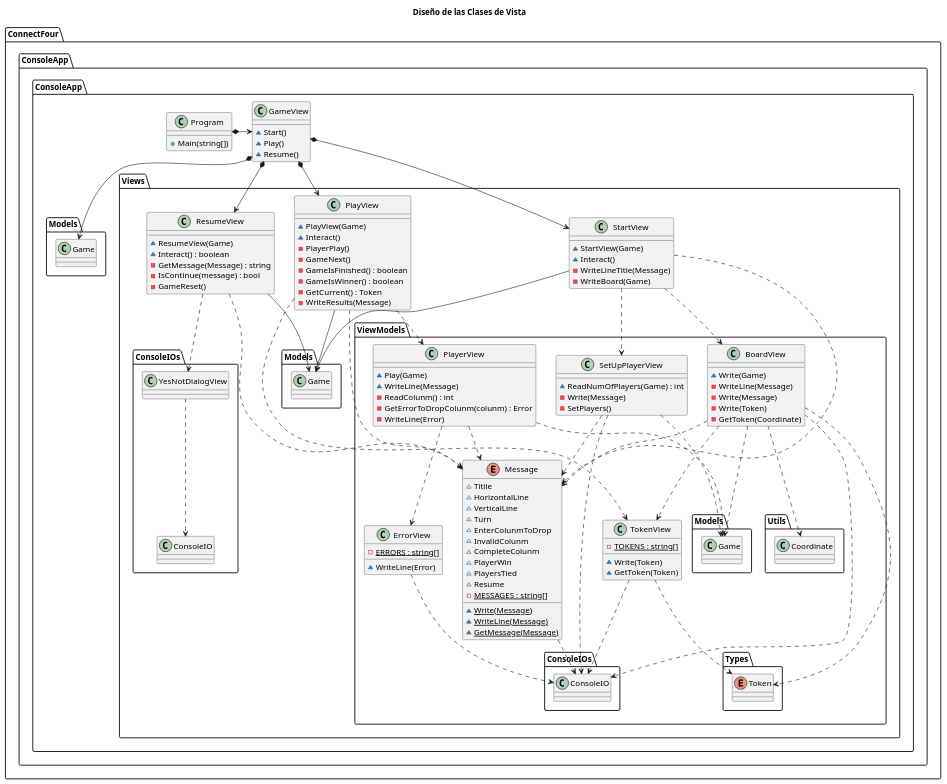
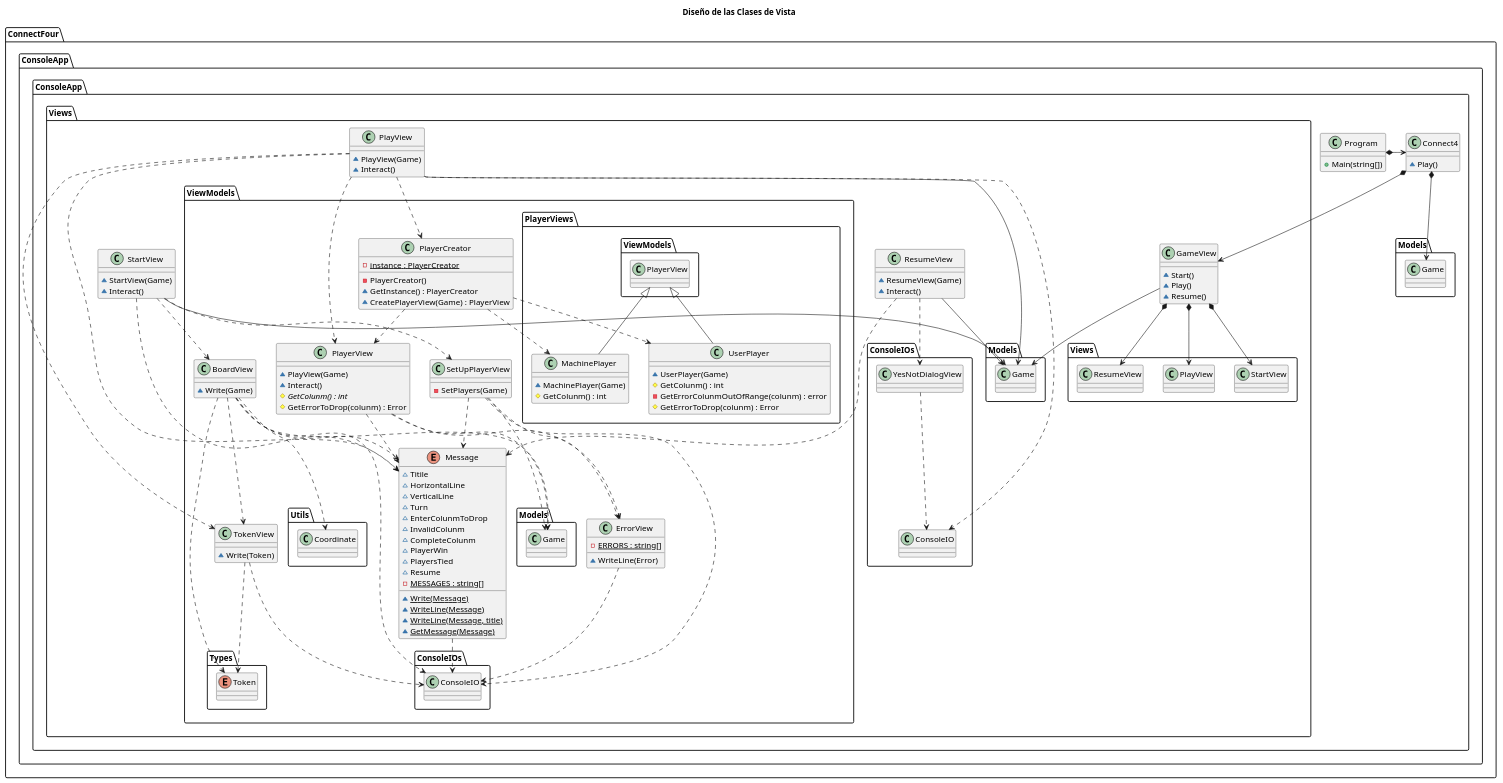
The second of 5 diagrams in src/Connect4/DocumentView/Basic/Docs/ArchitectureDesing.plantuml (franpaulinoinfante/MasterSoftwareDevelopment), drawn with PlantUML before and after one commit. The commit also changed other lines of this file and 6 other files, not shown here.

```diff
--- a/src/Connect4/DocumentView/Basic/Docs/ArchitectureDesing.plantuml
+++ b/src/Connect4/DocumentView/Basic/Docs/ArchitectureDesing.plantuml
@@ -24,137 +24,153 @@
 @startuml ConsoleAppDesign
 title Diseño de las Clases de Vista
 
 package ConnectFour.ConsoleApp{
     namespace ConsoleApp{
         class Program{
         +Main(string[])
     }
-    Program *-right-> GameView
+    Program *-right-> Connect4
 
-    class GameView{
-        ~Start()
+    class Connect4{
         ~Play()
-        ~Resume()
     }
-    GameView *--> Models.Game
-    GameView *--> Views.StartView
-    GameView *--> Views.PlayView
-    GameView *--> Views.ResumeView
+    Connect4 *--> Models.Game
+    Connect4 *--> Views.GameView
 
-    namespace Views{
+    namespace Views{        
+        class GameView{
+            ~Start()
+            ~Play()
+            ~Resume()
+        }
+        GameView --> Models.Game
+        GameView *--> Views.StartView
+        GameView *--> Views.PlayView
+        GameView *--> Views.ResumeView
+
         class StartView{
             ~StartView(Game)
             ~Interact()
-            -WriteLineTitle(Message)
-            -WriteBoard(Game)
         }
+        StartView --> Models.Game
         StartView ..> ViewModels.SetUpPlayerView
+        StartView ..> ViewModels.Message
         StartView ..> ViewModels.BoardView
-        StartView ..> ViewModels.Message
-        StartView --> Models.Game
 
         class PlayView{
             ~PlayView(Game)
             ~Interact()
-            -PlayerPlay()
-            -GameNext()
-            -GameIsFinished() : boolean
-            -GameIsWinner() : boolean
-            -GetCurrent() : Token
-            -WriteResults(Message)
         }
         PlayView --> Models.Game
         PlayView ..> ViewModels.PlayerView
+        PlayView .down.> ViewModels.PlayerCreator
         PlayView ..> ViewModels.Message
         PlayView ..> ViewModels.TokenView
+        PlayView ..> ConsoleIOs.ConsoleIO
 
         class ResumeView{
             ~ResumeView(Game)
-            ~Interact() : boolean
-            -GetMessage(Message) : string
-            -IsContinue(message) : bool
-            -GameReset()
+            ~Interact()
         }
         ResumeView --> Models.Game
         ResumeView ..> ViewModels.Message
         ResumeView ..> ConsoleIOs.YesNotDialogView
 
         namespace ViewModels{
             class SetUpPlayerView{
-                ~ReadNumOfPlayers(Game) : int
-                -Write(Message)
-                -SetPlayers()
+                -SetPlayers(Game)
             }
             SetUpPlayerView ..> Models.Game
             SetUpPlayerView ..> Message
+            SetUpPlayerView ..> ErrorView
             SetUpPlayerView ..> ConsoleIOs.ConsoleIO
 
             class BoardView{
                 ~Write(Game)
-                -WriteLine(Message)
-                -Write(Message)
-                -Write(Token)
-                -GetToken(Coordinate)
             }
             BoardView ..> Models.Game
             BoardView ..> Utils.Coordinate
             BoardView ..> Message
             BoardView ..> Types.Token
             BoardView ..> TokenView
             BoardView ..> ConsoleIOs.ConsoleIO
 
             class PlayerView{
-                ~Play(Game)
-                ~WriteLine(Message)
-                -ReadColunm() : int
-                -GetErrorToDropColunm(colunm) : Error
-                -WriteLine(Error)
+                ~PlayView(Game)
+                ~Interact()
+                #{abstract}GetColunm() : int
+                #GetErrorToDrop(colunm) : Error
             }
             PlayerView ..> Models.Game
             PlayerView ..> Message
             PlayerView ..> ErrorView
 
+            class PlayerCreator{
+                -{static}instance : PlayerCreator
+                -PlayerCreator()
+                ~GetInstance() : PlayerCreator
+                ~CreatePlayerView(Game) : PlayerView
+            }
+            PlayerCreator ..> PlayerView
+            PlayerCreator ..> PlayerViews.UserPlayer
+            PlayerCreator ..> PlayerViews.MachinePlayer
+            
+            namespace PlayerViews{
+                class UserPlayer{
+                    ~UserPlayer(Game)
+                    #GetColunm() : int
+                    -GetErrorColunmOutOfRange(colunm) : error
+                    #GetErrorToDrop(colunm) : Error
+                }
+                UserPlayer -up-|> ViewModels.PlayerView
+            
+                class MachinePlayer{
+                    ~MachinePlayer(Game)
+                    #GetColunm() : int
+                }
+                MachinePlayer -up-|> ViewModels.PlayerView
+            }
+
             class TokenView{
-                -{static}TOKENS : string[]
                 ~Write(Token)
-                ~GetToken(Token)
             }
             TokenView ..> ConsoleIOs.ConsoleIO
             TokenView ..> Types.Token
 
             enum Types.Token{}
 
             class ErrorView{
                 -{static}ERRORS : string[]
                 ~WriteLine(Error)
             }
             ErrorView ..> ConsoleIOs.ConsoleIO
 
             enum Message{
                 ~Titile
                 ~HorizontalLine
                 ~VerticalLine
                 ~Turn
                 ~EnterColunmToDrop
                 ~InvalidColunm
                 ~CompleteColunm
                 ~PlayerWin
                 ~PlayersTied
                 ~Resume    
                 -{static}MESSAGES : string[]
                 ~{static}Write(Message)
                 ~{static}WriteLine(Message)
+                ~{static}WriteLine(Message, title)
                 ~{static}GetMessage(Message)
             }
             Message ..> ConsoleIOs.ConsoleIO
         }
 
         namespace ConsoleIOs{
              class ConsoleIO{}
 
              class YesNotDialogView{}
              YesNotDialogView ..> ConsoleIO
         }
     }
 }
 @enduml
```
